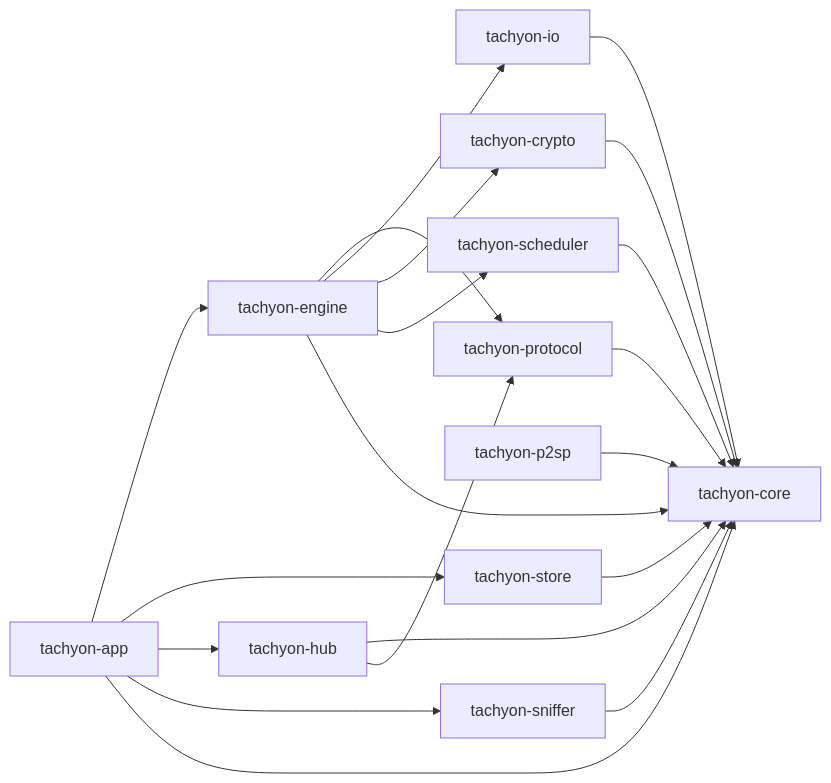
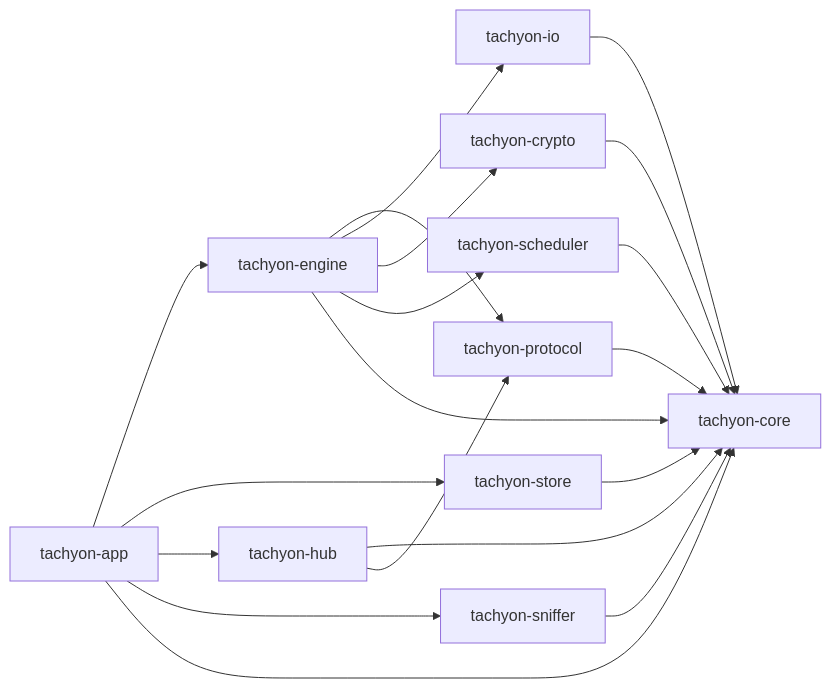
The second of 7 diagrams in docs/architecture.md (baiye2941/Tachyon), drawn with Mermaid before and after one commit. The commit also changed other lines of this file and 12 other files, not shown here.

````diff
--- a/docs/architecture.md
+++ b/docs/architecture.md
@@ -113,34 +110,32 @@
 ```mermaid
 graph LR
     CORE["tachyon-core"]
     PROTO["tachyon-protocol"]
     IO["tachyon-io"]
     CRYPT["tachyon-crypto"]
     SCHED["tachyon-scheduler"]
     ENG["tachyon-engine"]
-    P2SP["tachyon-p2sp"]
     SNIFF["tachyon-sniffer"]
     STORE["tachyon-store"]
     HUB["tachyon-hub"]
     APP["tachyon-app"]
 
     PROTO --> CORE
     IO --> CORE
     CRYPT --> CORE
     SCHED --> CORE
-    P2SP --> CORE
     SNIFF --> CORE
     STORE --> CORE
     HUB --> CORE
     HUB --> PROTO
     ENG --> PROTO
     ENG --> IO
     ENG --> CRYPT
     ENG --> SCHED
     ENG --> CORE
     APP --> ENG
     APP --> STORE
     APP --> HUB
     APP --> SNIFF
     APP --> CORE
 ```
````
